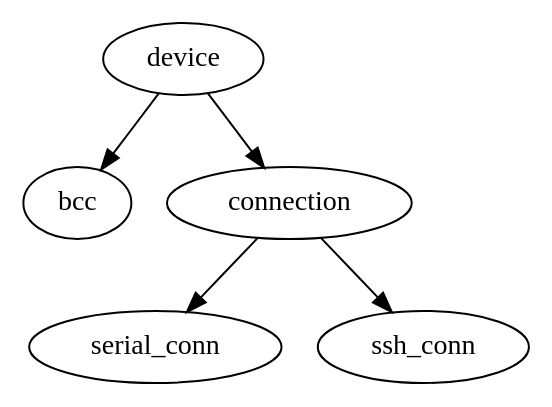
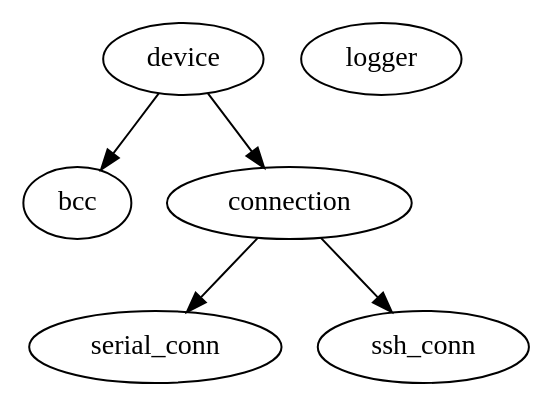
The diagram in hidav-testing/integration/doc/source/test-framework.rst (DFE/HIPOS), drawn with Graphviz before and after one commit. The commit also changed other lines of this file and 1 other file, not shown here.

First line of the commit message:
hidav-integration: logger is now a singleton class

```diff
--- a/hidav-testing/integration/doc/source/test-framework.rst
+++ b/hidav-testing/integration/doc/source/test-framework.rst
@@ -12,6 +12,7 @@
 .. digraph:: Class_diagram
 
      "device" -> "bcc";
      "device" -> "connection";
      "connection" -> "serial_conn";
      "connection" -> "ssh_conn";
+     "logger";
```
